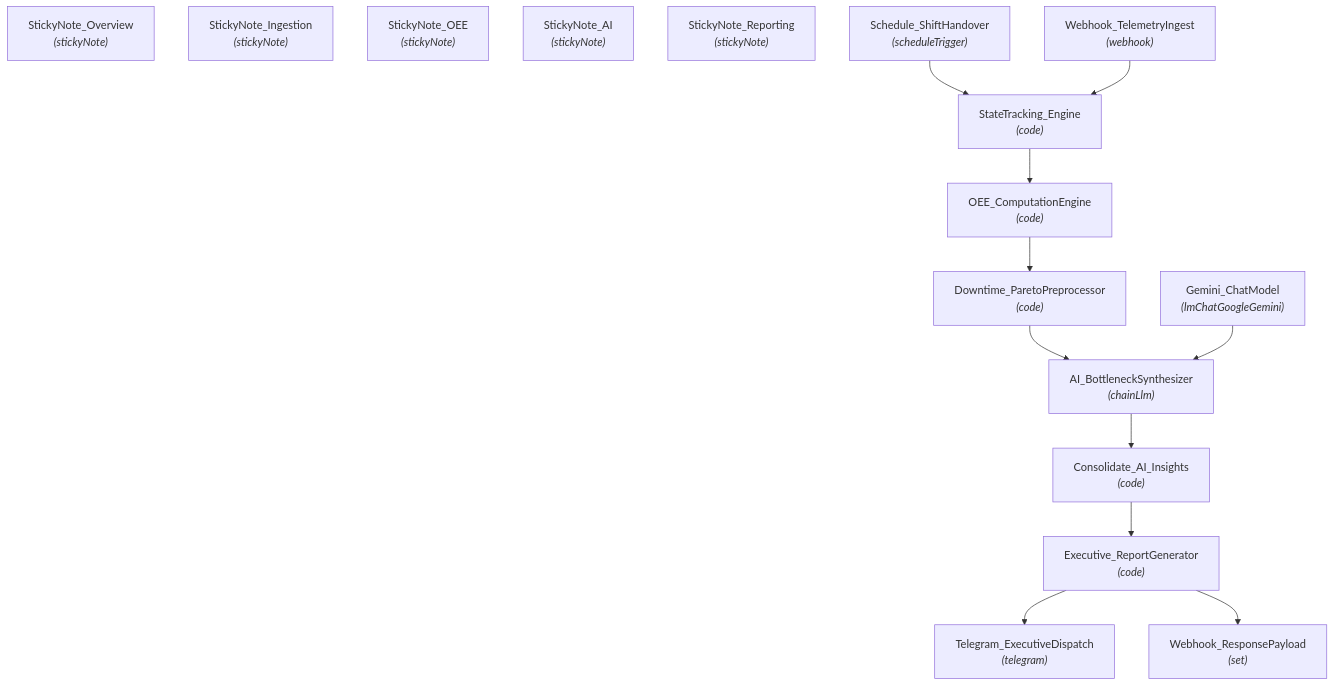
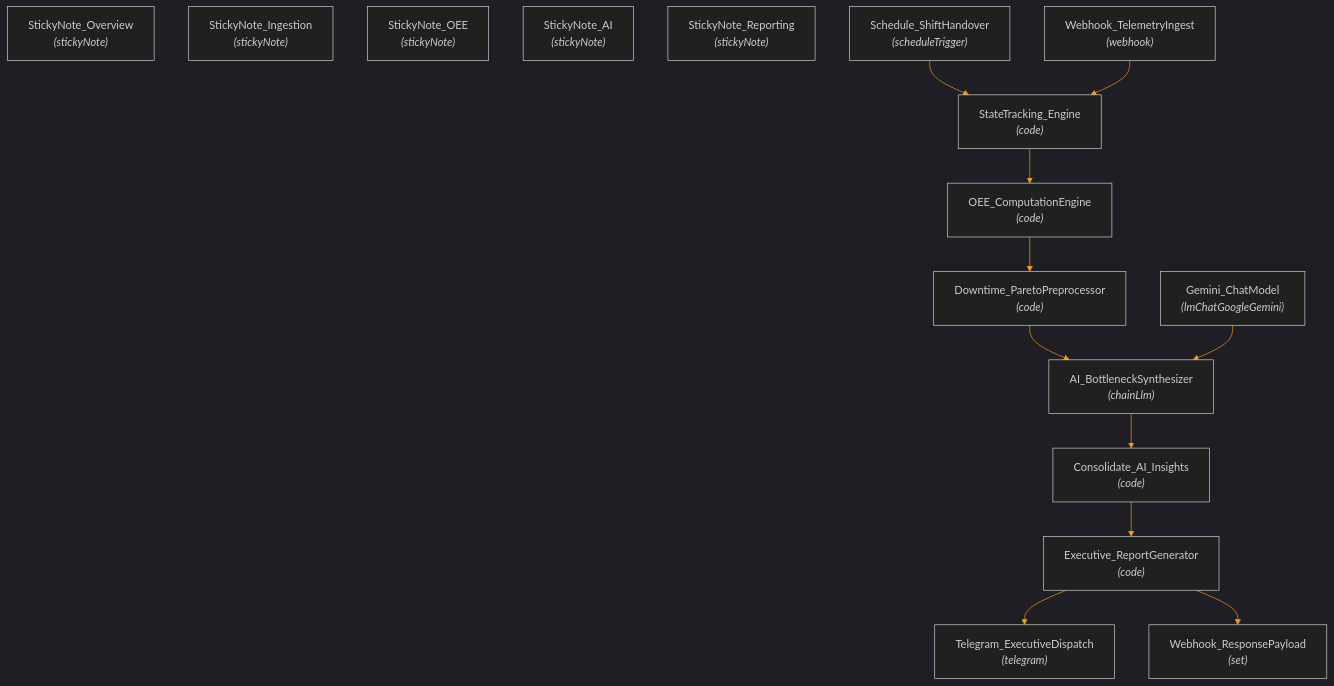
The diagram in README.md (abderrahman-ai/factory-floor-oee-bottleneck-tracker), drawn with Mermaid before and after one commit. The commit also changed other lines of this file, not shown here.

Commit message:
style: update README with premium dark-mode architecture & custom design

````diff
--- a/README.md
+++ b/README.md
@@ -33,29 +64,30 @@
 ```mermaid
+%%{init: {'theme': 'dark', 'themeVariables': {'primaryColor': '#1a1a2e', 'primaryTextColor': '#e0e0e0', 'primaryBorderColor': '#F39C12', 'lineColor': '#F39C12', 'secondaryColor': '#16213e', 'edgeLabelBackground': '#0d0d0d', 'clusterBkg': '#0d0d0d'}}}%%
 graph TD
     StickyNote_Overview["StickyNote_Overview<br/><i>(stickyNote)</i>"]
     StickyNote_Ingestion["StickyNote_Ingestion<br/><i>(stickyNote)</i>"]
     StickyNote_OEE["StickyNote_OEE<br/><i>(stickyNote)</i>"]
     StickyNote_AI["StickyNote_AI<br/><i>(stickyNote)</i>"]
     StickyNote_Reporting["StickyNote_Reporting<br/><i>(stickyNote)</i>"]
     Schedule_ShiftHandover["Schedule_ShiftHandover<br/><i>(scheduleTrigger)</i>"]
     Webhook_TelemetryIngest["Webhook_TelemetryIngest<br/><i>(webhook)</i>"]
     StateTracking_Engine["StateTracking_Engine<br/><i>(code)</i>"]
     OEE_ComputationEngine["OEE_ComputationEngine<br/><i>(code)</i>"]
     Downtime_ParetoPreprocessor["Downtime_ParetoPreprocessor<br/><i>(code)</i>"]
     AI_BottleneckSynthesizer["AI_BottleneckSynthesizer<br/><i>(chainLlm)</i>"]
     Gemini_ChatModel["Gemini_ChatModel<br/><i>(lmChatGoogleGemini)</i>"]
     Consolidate_AI_Insights["Consolidate_AI_Insights<br/><i>(code)</i>"]
     Executive_ReportGenerator["Executive_ReportGenerator<br/><i>(code)</i>"]
     Telegram_ExecutiveDispatch["Telegram_ExecutiveDispatch<br/><i>(telegram)</i>"]
     Webhook_ResponsePayload["Webhook_ResponsePayload<br/><i>(set)</i>"]
     AI_BottleneckSynthesizer --> Consolidate_AI_Insights
     Consolidate_AI_Insights --> Executive_ReportGenerator
     Downtime_ParetoPreprocessor --> AI_BottleneckSynthesizer
     Executive_ReportGenerator --> Telegram_ExecutiveDispatch
     Executive_ReportGenerator --> Webhook_ResponsePayload
     Gemini_ChatModel --> AI_BottleneckSynthesizer
     OEE_ComputationEngine --> Downtime_ParetoPreprocessor
     Schedule_ShiftHandover --> StateTracking_Engine
     StateTracking_Engine --> OEE_ComputationEngine
     Webhook_TelemetryIngest --> StateTracking_Engine
 ```
````
